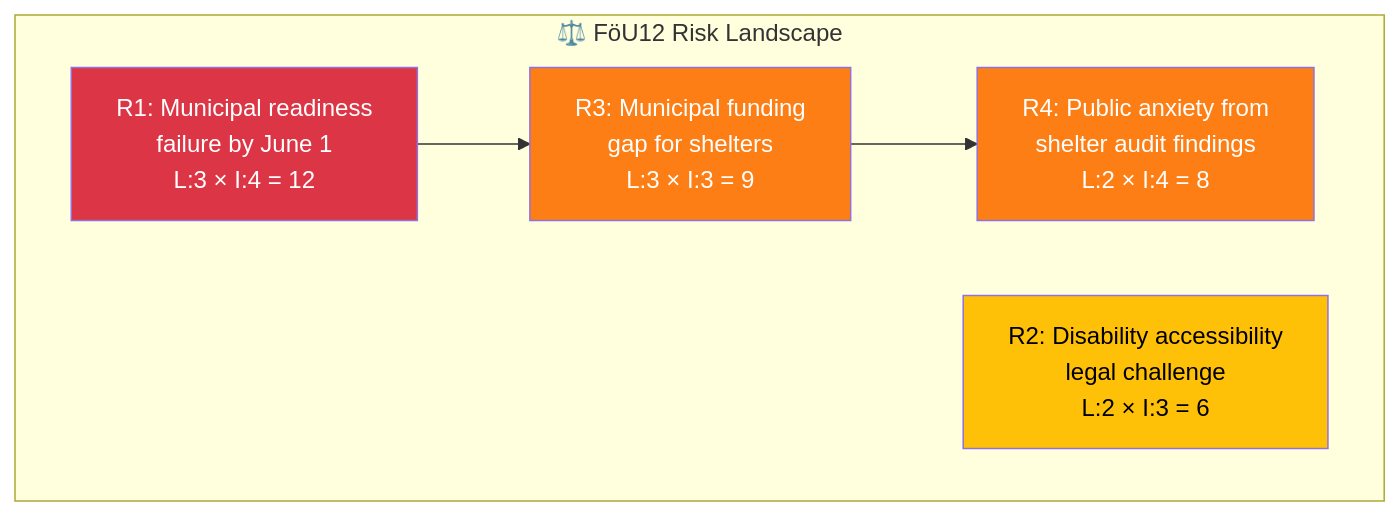
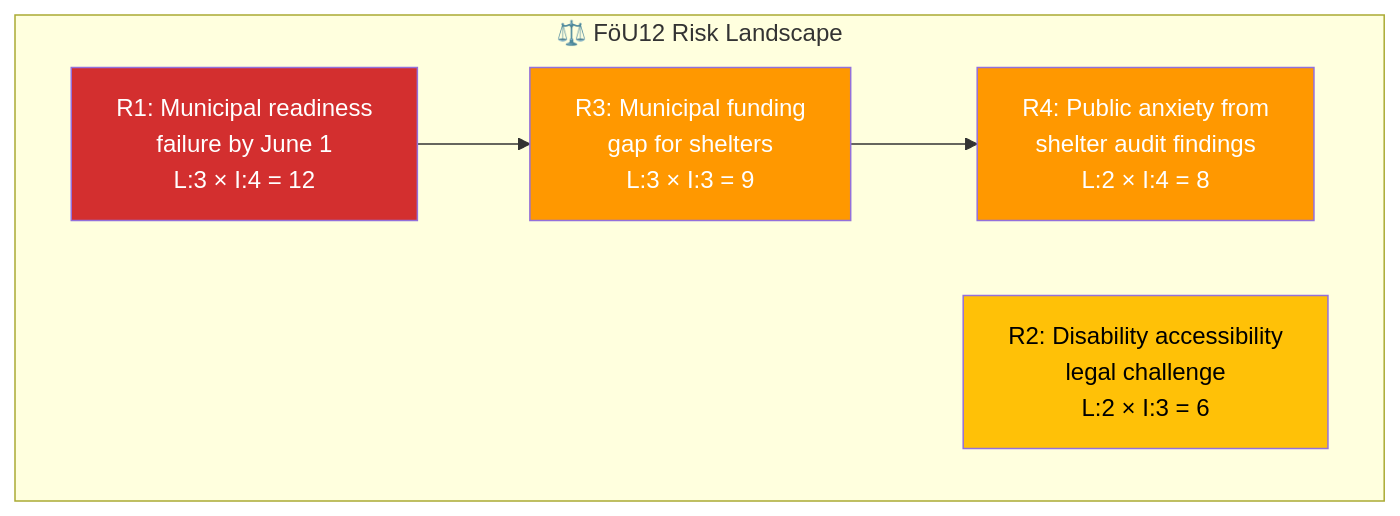
The second of 3 diagrams in analysis/daily/2026-04-03/committeeReports/documents/hd01föu12-analysis.md (Hack23/riksdagsmonitor), drawn with Mermaid before and after one commit. The commit also changed other lines of this file and 785 other files, not shown here.

First line of the commit message:
Normalize mermaid colors across 786 analysis artifacts to ISMS Style Guide palette

````diff
--- a/analysis/daily/2026-04-03/committeeReports/documents/hd01föu12-analysis.md
+++ b/analysis/daily/2026-04-03/committeeReports/documents/hd01föu12-analysis.md
@@ -98,17 +98,17 @@
 ```mermaid
 graph TD
     subgraph "⚖️ FöU12 Risk Landscape"
         R1["R1: Municipal readiness<br/>failure by June 1<br/>L:3 × I:4 = 12"]
         R2["R2: Disability accessibility<br/>legal challenge<br/>L:2 × I:3 = 6"]
         R3["R3: Municipal funding<br/>gap for shelters<br/>L:3 × I:3 = 9"]
         R4["R4: Public anxiety from<br/>shelter audit findings<br/>L:2 × I:4 = 8"]
     end
 
     R1 --> R3
     R3 --> R4
 
-    style R1 fill:#dc3545,color:#fff
-    style R2 fill:#ffc107,color:#000
-    style R3 fill:#fd7e14,color:#fff
-    style R4 fill:#fd7e14,color:#fff
+    style R1 fill:#D32F2F,color:#FFFFFF
+    style R2 fill:#FFC107,color:#000000
+    style R3 fill:#FF9800,color:#FFFFFF
+    style R4 fill:#FF9800,color:#FFFFFF
 ```
````
